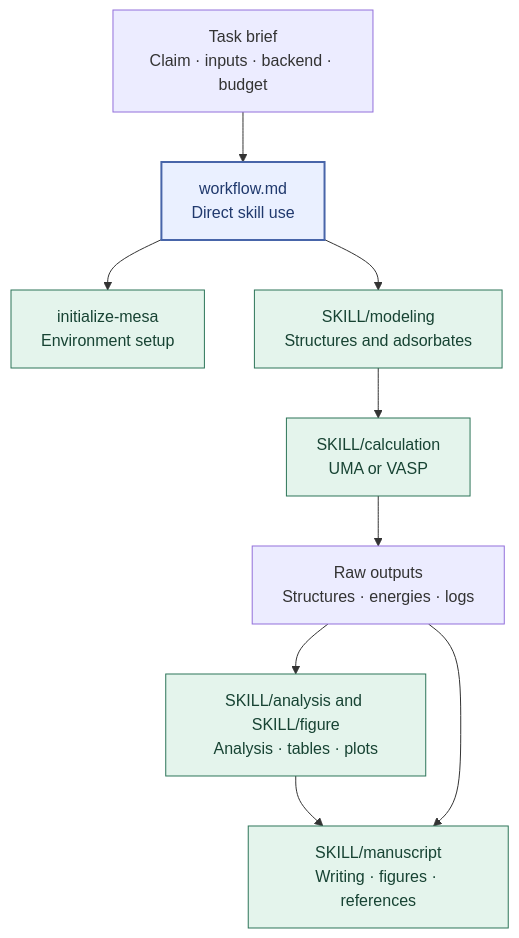
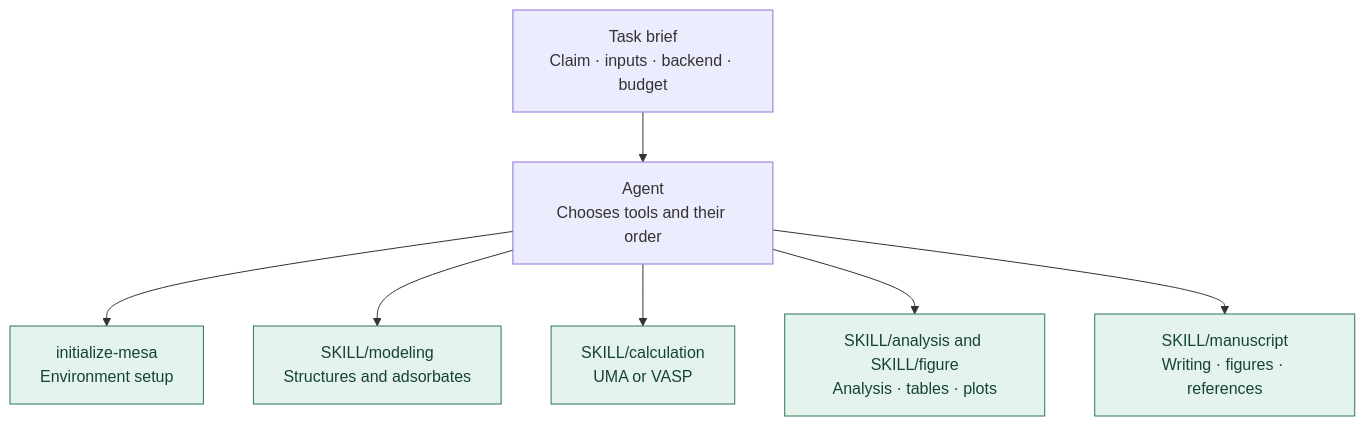
The second of 2 diagrams in ablation_diagram.md (kangmg/mesa), drawn with Mermaid before and after one commit. The commit also changed other lines of this file and 44 other files, not shown here.

Commit message:
Remove workflow guides and restore analysis behavior

````diff
--- a/ablation_diagram.md
+++ b/ablation_diagram.md
@@ -60,24 +59,22 @@
 ```mermaid
 flowchart TB
     accTitle: Direct tool use after ablation
-    accDescr: The task enters a short workflow that preserves environment setup and direct modeling, calculation, analysis, and manuscript writing skills.
+    accDescr: The agent chooses environment setup, modeling, calculation, analysis, and writing skills as needed for the task.
 
     Task["Task brief<br/>Claim · inputs · backend · budget"]
-    Root["workflow.md<br/>Direct skill use"]:::rewritten
+    Agent["Agent<br/>Chooses tools and their order"]
     Setup["initialize-mesa<br/>Environment setup"]:::retained
     Model["SKILL/modeling<br/>Structures and adsorbates"]:::retained
     Calculation["SKILL/calculation<br/>UMA or VASP"]:::retained
-    Raw["Raw outputs<br/>Structures · energies · logs"]
     Analysis["SKILL/analysis and SKILL/figure<br/>Analysis · tables · plots"]:::retained
     Writing["SKILL/manuscript<br/>Writing · figures · references"]:::retained
 
-    Task --> Root
-    Root --> Setup
-    Root --> Model
-    Model --> Calculation --> Raw
-    Raw --> Analysis --> Writing
-    Raw --> Writing
+    Task --> Agent
+    Agent --> Setup
+    Agent --> Model
+    Agent --> Calculation
+    Agent --> Analysis
+    Agent --> Writing
 
     classDef retained fill:#e4f4ec,stroke:#2d7559,color:#174333;
-    classDef rewritten fill:#eaf0ff,stroke:#4865a9,color:#20396d,stroke-width:2px;
 ```
````
